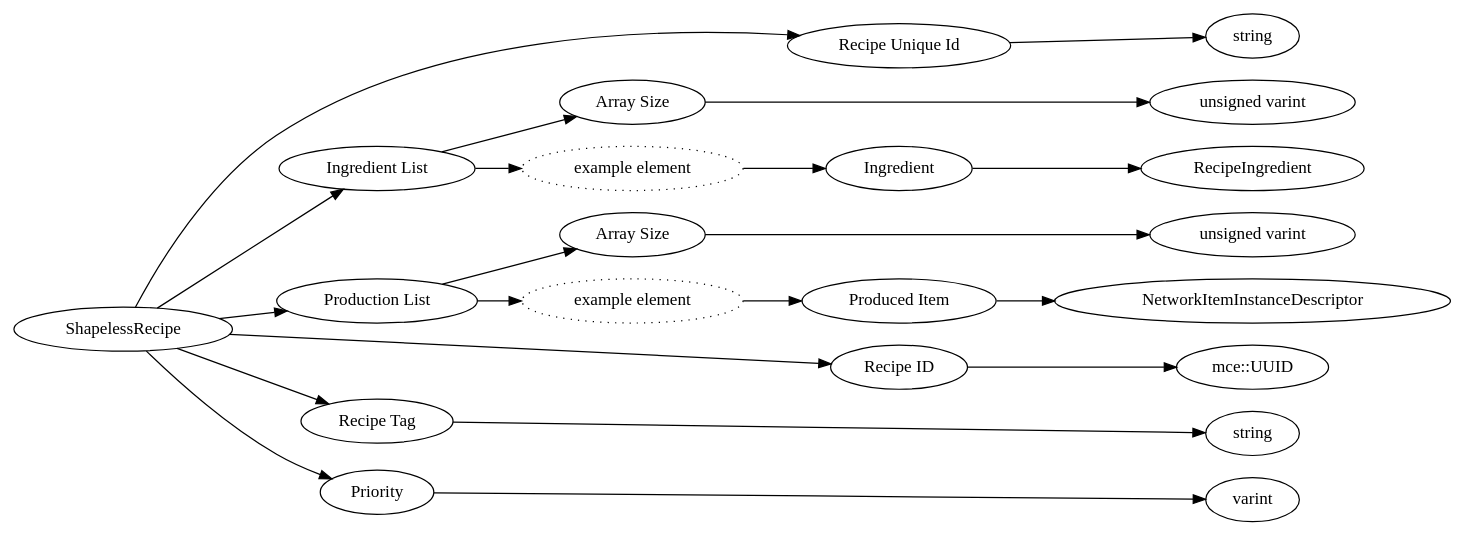
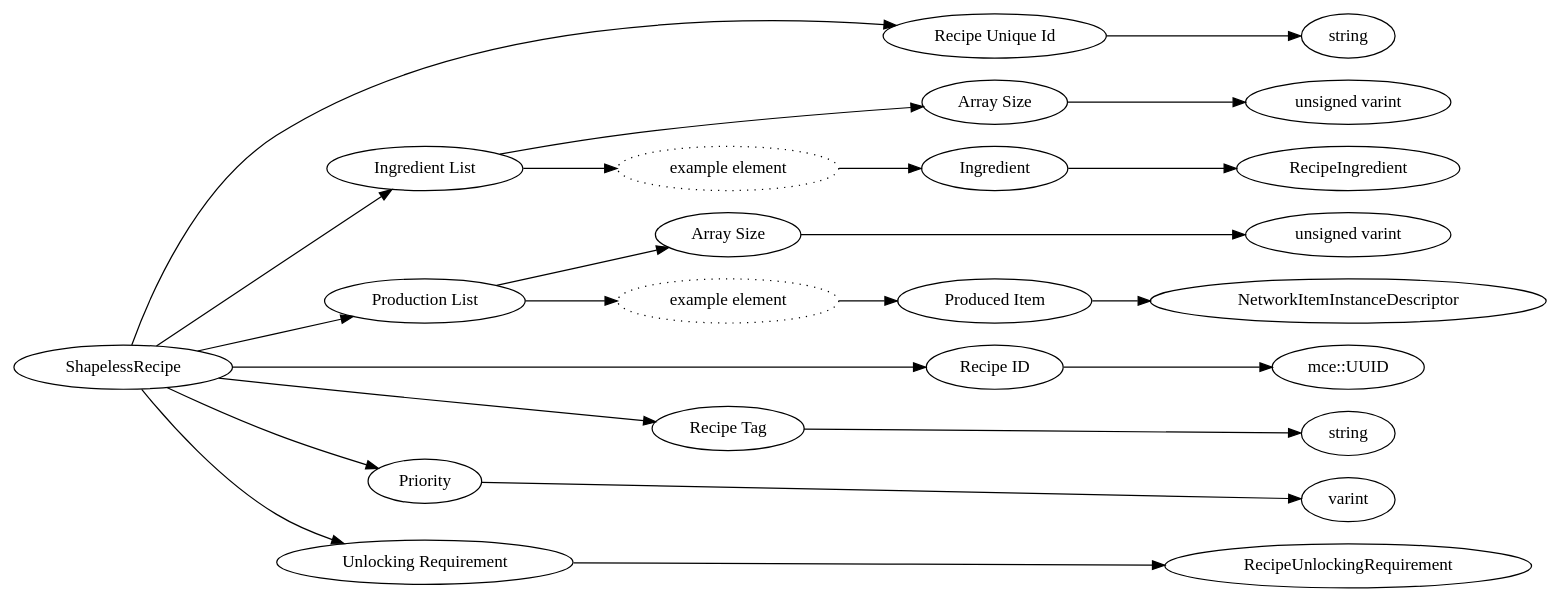
Before and after one commit to Mojang/bedrock-protocol-docs: the diagram in dot/ShapelessRecipe.dot, drawn with Graphviz. The commit also changed 39 other files, not shown here.

```diff
--- a/dot/ShapelessRecipe.dot
+++ b/dot/ShapelessRecipe.dot
@@ -1,48 +1,52 @@
 digraph "ShapelessRecipe" {
 rankdir = LR
 6
 6 -> 7
 7 -> 8
 6 -> 9
 9 -> 10
 10 -> 11
 9 -> 12
 12 -> 13
 13 -> 19
 6 -> 20
 20 -> 21
 21 -> 22
 20 -> 23
 23 -> 24
 24 -> 41
 6 -> 42
 42 -> 48
 6 -> 49
 49 -> 50
 6 -> 51
 51 -> 52
+6 -> 53
+53 -> 67
 
 6 [label="ShapelessRecipe",comment="name: \"ShapelessRecipe\", typeName: \"\", id: 6, branchId: 0, recurseId: -1, attributes: 0, notes: \"\""];
 7 [label="Recipe Unique Id",comment="name: \"Recipe Unique Id\", typeName: \"\", id: 7, branchId: 0, recurseId: -1, attributes: 0, notes: \"\""];
 8 [label="string",comment="name: \"string\", typeName: \"\", id: 8, branchId: 0, recurseId: -1, attributes: 512, notes: \"\""];
 9 [label="Ingredient List",comment="name: \"Ingredient List\", typeName: \"\", id: 9, branchId: 0, recurseId: -1, attributes: 8, notes: \"\""];
 10 [label="Array Size",comment="name: \"Array Size\", typeName: \"\", id: 10, branchId: 0, recurseId: -1, attributes: 0, notes: \"\""];
 11 [label="unsigned varint",comment="name: \"unsigned varint\", typeName: \"\", id: 11, branchId: 0, recurseId: -1, attributes: 512, notes: \"\""];
 12 [label="example element",style=dotted,comment="name: \"example element\", typeName: \"\", id: 12, branchId: 0, recurseId: -1, attributes: 16, notes: \"\""];
 13 [label="Ingredient",comment="name: \"Ingredient\", typeName: \"RecipeIngredient\", id: 13, branchId: 0, recurseId: -1, attributes: 256, notes: \"\""];
 19 [label="RecipeIngredient",comment="name: \"RecipeIngredient\", typeName: \"\", id: 19, branchId: 0, recurseId: -1, attributes: 512, notes: \"\""];
 20 [label="Production List",comment="name: \"Production List\", typeName: \"\", id: 20, branchId: 0, recurseId: -1, attributes: 8, notes: \"\""];
 21 [label="Array Size",comment="name: \"Array Size\", typeName: \"\", id: 21, branchId: 0, recurseId: -1, attributes: 0, notes: \"\""];
 22 [label="unsigned varint",comment="name: \"unsigned varint\", typeName: \"\", id: 22, branchId: 0, recurseId: -1, attributes: 512, notes: \"\""];
 23 [label="example element",style=dotted,comment="name: \"example element\", typeName: \"\", id: 23, branchId: 0, recurseId: -1, attributes: 16, notes: \"\""];
 24 [label="Produced Item",comment="name: \"Produced Item\", typeName: \"NetworkItemInstanceDescriptor\", id: 24, branchId: 0, recurseId: -1, attributes: 256, notes: \"\""];
 41 [label="NetworkItemInstanceDescriptor",comment="name: \"NetworkItemInstanceDescriptor\", typeName: \"\", id: 41, branchId: 0, recurseId: -1, attributes: 512, notes: \"\""];
 42 [label="Recipe ID",comment="name: \"Recipe ID\", typeName: \"mce::UUID\", id: 42, branchId: 0, recurseId: -1, attributes: 256, notes: \"\""];
 48 [label="mce::UUID",comment="name: \"mce::UUID\", typeName: \"\", id: 48, branchId: 0, recurseId: -1, attributes: 512, notes: \"\""];
 49 [label="Recipe Tag",comment="name: \"Recipe Tag\", typeName: \"\", id: 49, branchId: 0, recurseId: -1, attributes: 0, notes: \"Available ones: CARTOGRAPHY_TABLE, CRAFTING_TABLE, SMITHING_TABLE, STONECUTTER, FURNACE_TAG, BLAST_FURNACE_TAG, SMOKER_TAG, CAMPFIRE_TAG, SOUL_CAMPFIRE_TAG\""];
 50 [label="string",comment="name: \"string\", typeName: \"\", id: 50, branchId: 0, recurseId: -1, attributes: 512, notes: \"\""];
 51 [label="Priority",comment="name: \"Priority\", typeName: \"\", id: 51, branchId: 0, recurseId: -1, attributes: 0, notes: \"\""];
 52 [label="varint",comment="name: \"varint\", typeName: \"\", id: 52, branchId: 0, recurseId: -1, attributes: 512, notes: \"\""];
-{ rank = max;8;11;19;22;41;48;50;52}
+53 [label="Unlocking Requirement",comment="name: \"Unlocking Requirement\", typeName: \"RecipeUnlockingRequirement\", id: 53, branchId: 0, recurseId: -1, attributes: 256, notes: \"\""];
+67 [label="RecipeUnlockingRequirement",comment="name: \"RecipeUnlockingRequirement\", typeName: \"\", id: 67, branchId: 0, recurseId: -1, attributes: 512, notes: \"\""];
+{ rank = max;8;11;19;22;41;48;50;52;67}
 
 }
```
